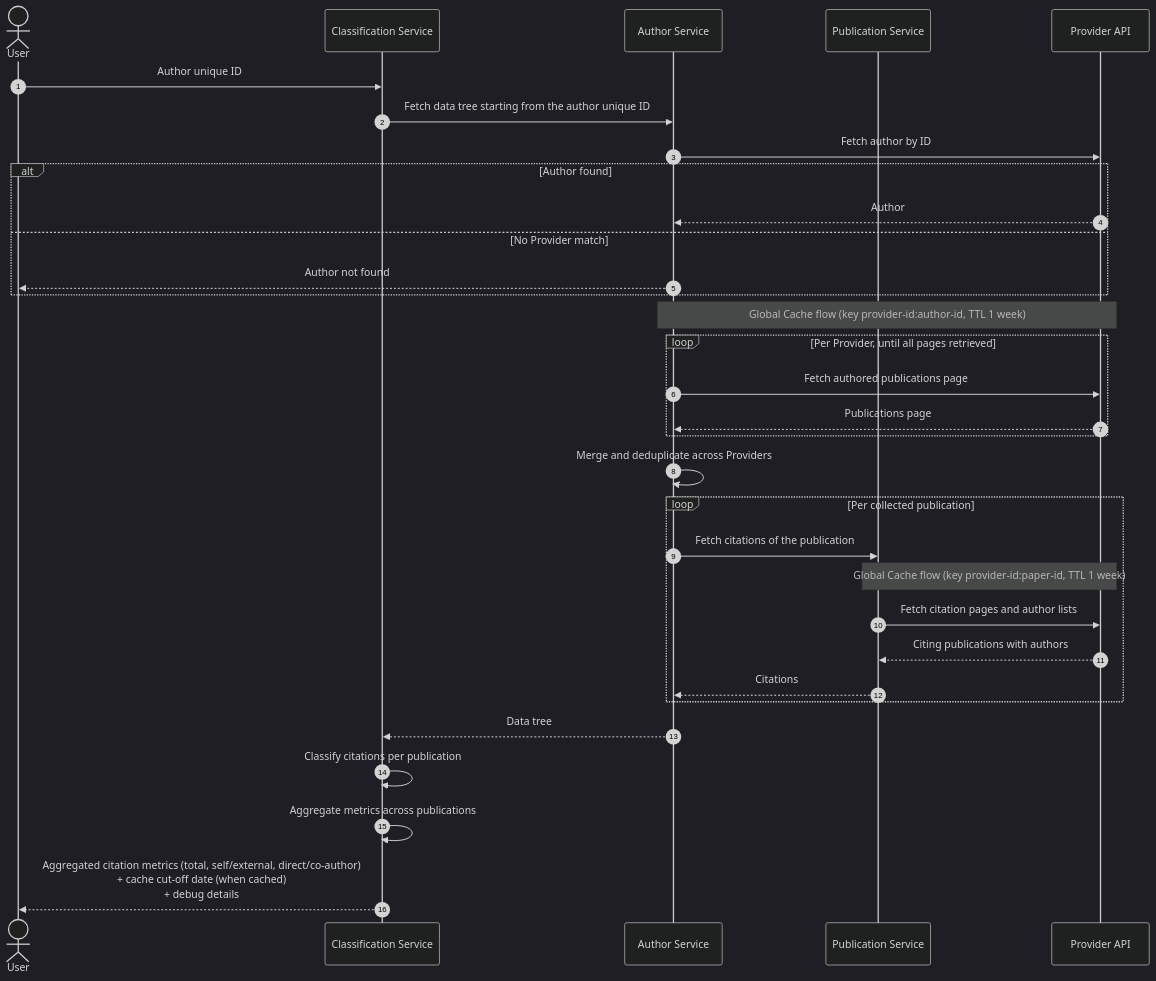
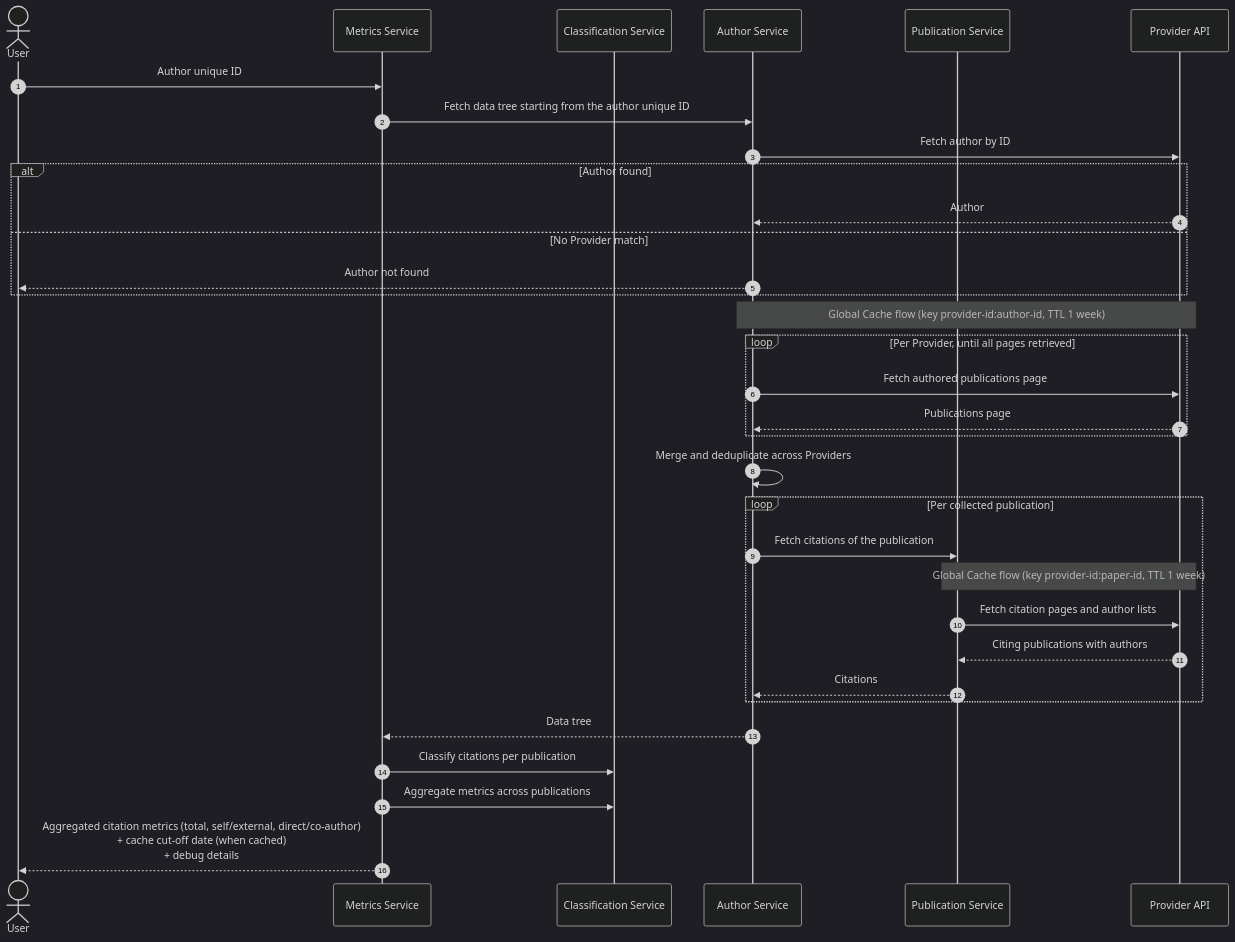
One commit to esaounkine/uop-thesis changed the third of 9 diagrams in docs/system-design.md. Above: the diagram before and after it, drawn with Mermaid (dark theme). The commit also changed other lines of this file and 2 other files, not shown here.

````diff
--- a/docs/system-design.md
+++ b/docs/system-design.md
@@ -134,42 +134,43 @@
 ```mermaid
 sequenceDiagram
   autonumber
   actor User
+  participant MS as Metrics Service
   participant CS as Classification Service
   participant AS as Author Service
   participant PS as Publication Service
   participant P as Provider API
 
-  User ->> CS: Author unique ID
-  CS ->> AS: Fetch data tree starting from the author unique ID
+  User ->> MS: Author unique ID
+  MS ->> AS: Fetch data tree starting from the author unique ID
 
   AS ->> P: Fetch author by ID
   alt Author found
     P -->> AS: Author
   else No Provider match
     AS -->> User: Author not found
   end
 
   Note over AS, P: Global Cache flow (key provider-id:author-id, TTL 1 week)
 
   loop Per Provider, until all pages retrieved
     AS ->> P: Fetch authored publications page
     P -->> AS: Publications page
   end
   AS ->> AS: Merge and deduplicate across Providers
 
   loop Per collected publication
     AS ->> PS: Fetch citations of the publication
     Note over PS, P: Global Cache flow (key provider-id:paper-id, TTL 1 week)
     PS ->> P: Fetch citation pages and author lists
     P -->> PS: Citing publications with authors
     PS -->> AS: Citations
   end
 
-  AS -->> CS: Data tree
+  AS -->> MS: Data tree
 
-  CS ->> CS: Classify citations per publication
-  CS ->> CS: Aggregate metrics across publications
+  MS ->> CS: Classify citations per publication
+  MS ->> CS: Aggregate metrics across publications
 
-  CS -->> User: Aggregated citation metrics (total, self/external, direct/co-author)<br/>+ cache cut-off date (when cached)<br/>+ debug details
+  MS -->> User: Aggregated citation metrics (total, self/external, direct/co-author)<br/>+ cache cut-off date (when cached)<br/>+ debug details
 ```
````
